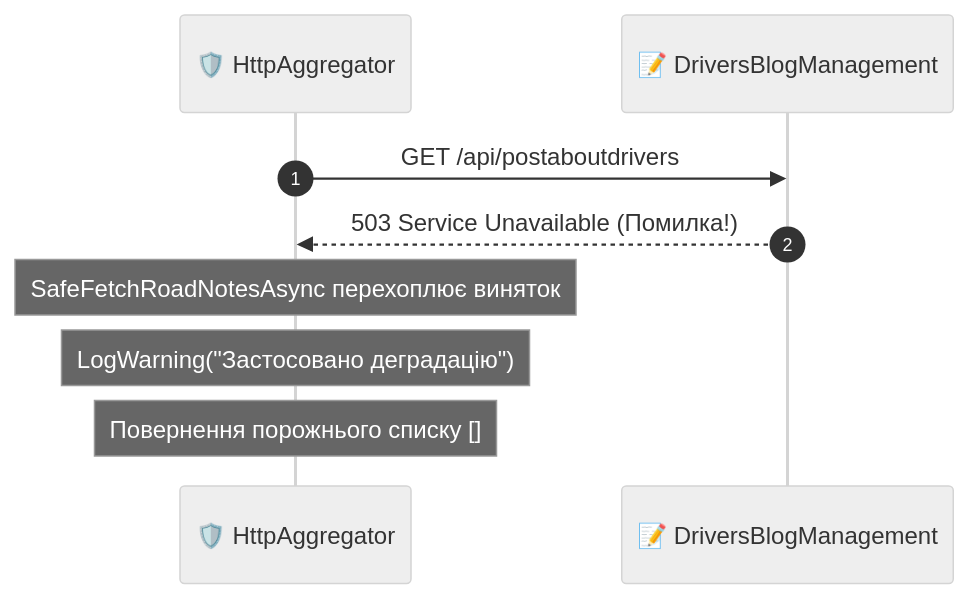
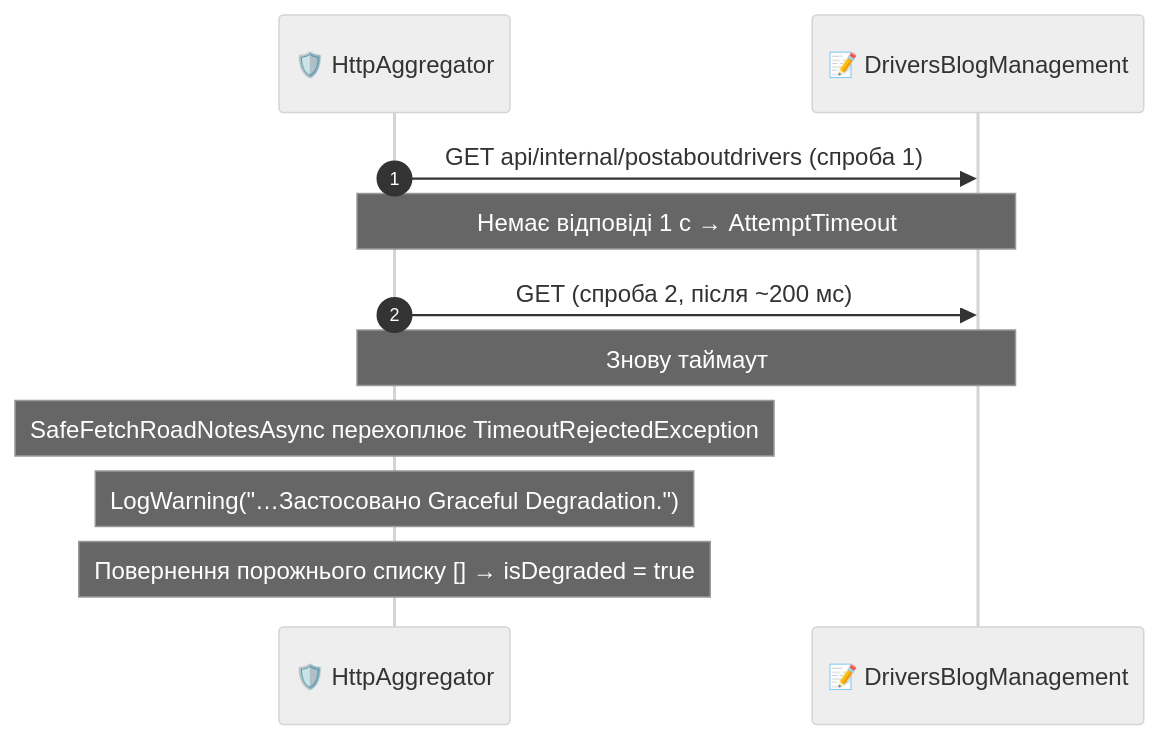
The fourth of 6 diagrams in 02-Microservices-Craftsman/02-01-Aspire-Documentation/04_Distributed_Tracing_OpenTelemetry_Guide.md (MrTomkaYurii/Demo-CargoDeliveryService), drawn with Mermaid (neutral theme) before and after one commit. The commit also changed other lines of this file and 227 other files, not shown here.

````diff
--- a/02-Microservices-Craftsman/02-01-Aspire-Documentation/04_Distributed_Tracing_OpenTelemetry_Guide.md
+++ b/02-Microservices-Craftsman/02-01-Aspire-Documentation/04_Distributed_Tracing_OpenTelemetry_Guide.md
@@ -266,12 +293,14 @@
 ```mermaid
 sequenceDiagram
     autonumber
     participant Agg as 🛡️ HttpAggregator
     participant DB as 📝 DriversBlogManagement
 
-    Agg->>DB: GET /api/postaboutdrivers
-    DB-->>Agg: 503 Service Unavailable (Помилка!)
-    Note over Agg: SafeFetchRoadNotesAsync перехоплює виняток
-    Note over Agg: LogWarning("Застосовано деградацію")
-    Note over Agg: Повернення порожнього списку []
+    Agg->>DB: GET api/internal/postaboutdrivers (спроба 1)
+    Note over Agg,DB: Немає відповіді 1 с → AttemptTimeout
+    Agg->>DB: GET (спроба 2, після ~200 мс)
+    Note over Agg,DB: Знову таймаут
+    Note over Agg: SafeFetchRoadNotesAsync перехоплює TimeoutRejectedException
+    Note over Agg: LogWarning("…Застосовано Graceful Degradation.")
+    Note over Agg: Повернення порожнього списку [] → isDegraded = true
 ```
````
